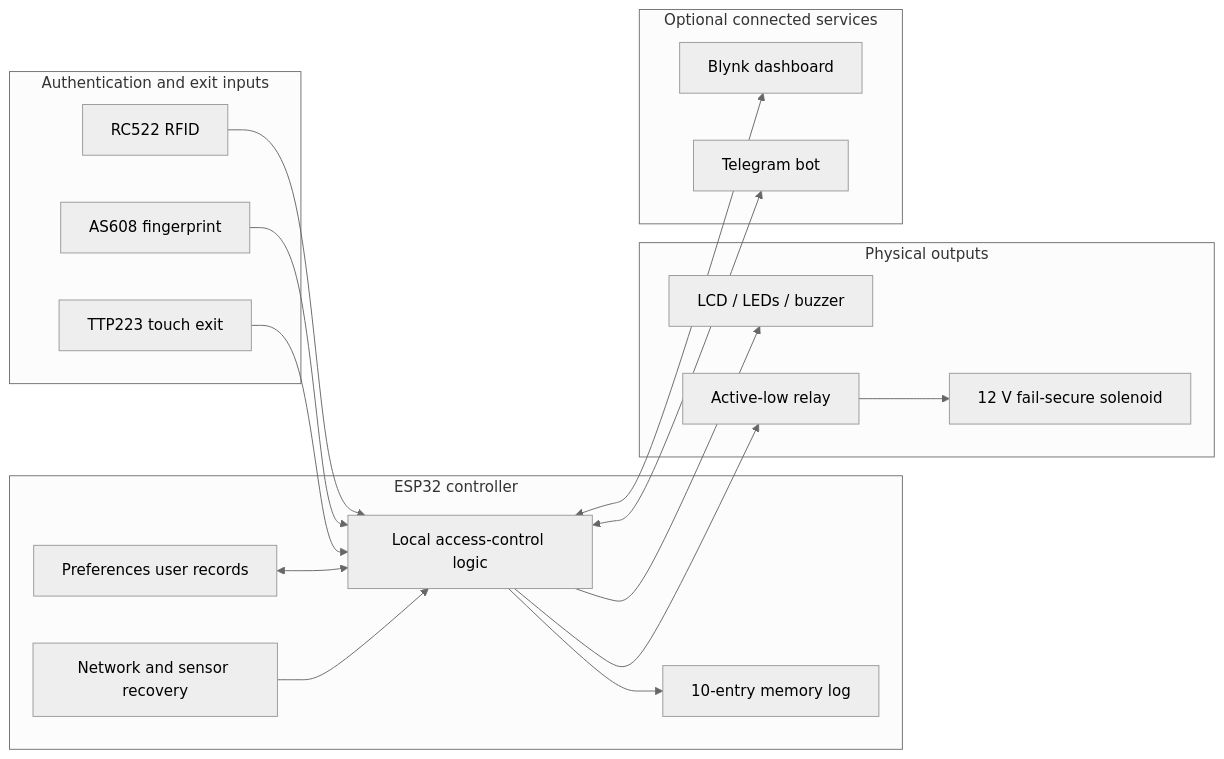
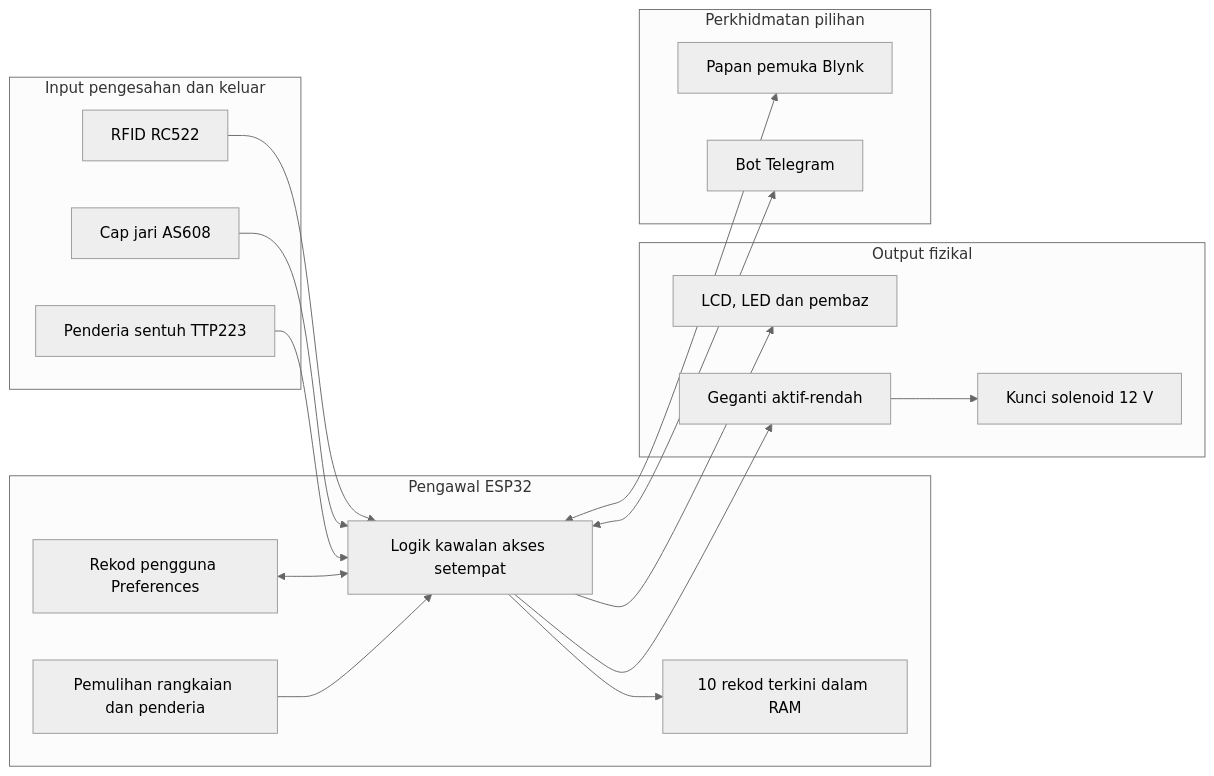
One commit to Alepz27/PTA-Smart-Door changed the first of 3 diagrams in README.md. Above: the diagram before and after it, drawn with Mermaid (neutral theme). The commit also changed other lines of this file, not shown here.

First line of the commit message:
docs: kemas kini README dalam Bahasa Melayu

````diff
--- a/README.md
+++ b/README.md
@@ -69,37 +69,33 @@
 ```mermaid
 flowchart LR
-    subgraph Inputs["Authentication and exit inputs"]
-        RFID["RC522 RFID"]
-        FP["AS608 fingerprint"]
-        TOUCH["TTP223 touch exit"]
+    subgraph Input["Input pengesahan dan keluar"]
+        RFID["RFID RC522"]
+        FP["Cap jari AS608"]
+        TOUCH["Penderia sentuh TTP223"]
     end
-
-    subgraph Controller["ESP32 controller"]
-        CORE["Local access-control logic"]
-        USERS["Preferences user records"]
-        LOGS["10-entry memory log"]
-        RECOVERY["Network and sensor recovery"]
+    subgraph Controller["Pengawal ESP32"]
+        CORE["Logik kawalan akses setempat"]
+        USERS["Rekod pengguna Preferences"]
+        LOGS["10 rekod terkini dalam RAM"]
+        RECOVERY["Pemulihan rangkaian dan penderia"]
     end
-
-    subgraph Outputs["Physical outputs"]
-        UI["LCD / LEDs / buzzer"]
-        RELAY["Active-low relay"]
-        LOCK["12 V fail-secure solenoid"]
+    subgraph Output["Output fizikal"]
+        UI["LCD, LED dan pembaz"]
+        RELAY["Geganti aktif-rendah"]
+        LOCK["Kunci solenoid 12 V"]
     end
-
-    subgraph OptionalCloud["Optional connected services"]
-        BLYNK["Blynk dashboard"]
-        TG["Telegram bot"]
+    subgraph Cloud["Perkhidmatan pilihan"]
+        BLYNK["Papan pemuka Blynk"]
+        TG["Bot Telegram"]
     end
-
     RFID --> CORE
     FP --> CORE
     TOUCH --> CORE
     USERS <--> CORE
     CORE --> LOGS
     RECOVERY --> CORE
     CORE --> UI
     CORE --> RELAY --> LOCK
     CORE <--> BLYNK
     CORE <--> TG
 ```
````
